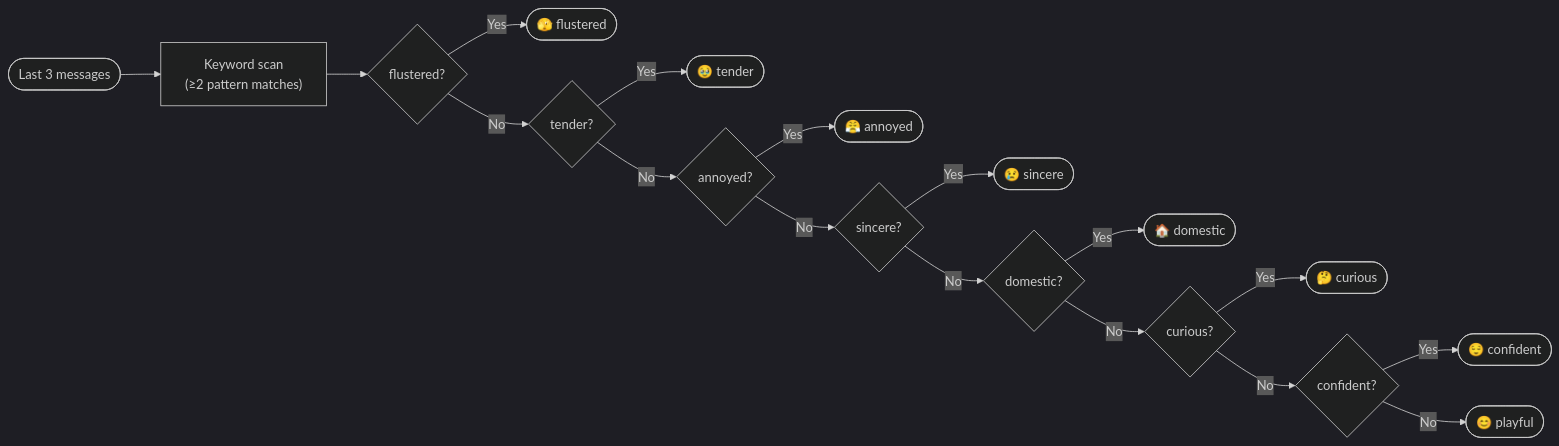
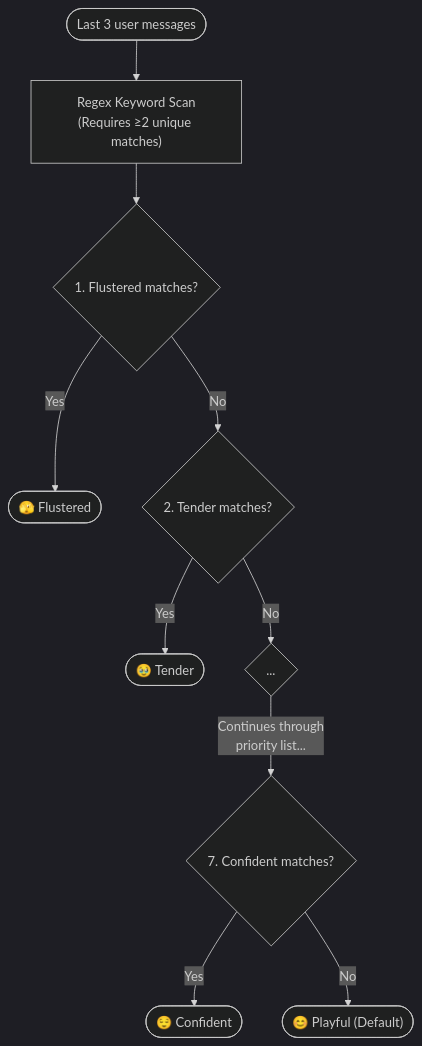
The third of 4 diagrams in README.md (AlaskanTuna/rokabot), drawn with Mermaid (dark theme) before and after one commit. The commit also changed other lines of this file, not shown here.

````diff
--- a/README.md
+++ b/README.md
@@ -166,19 +166,16 @@
 ```mermaid
-flowchart LR
-    Input(["Last 3 messages"]) --> Scan["Keyword scan\n(≥2 pattern matches)"]
-    Scan --> F{flustered?}
-    F -->|Yes| RF([🫣 flustered])
-    F -->|No| T{tender?}
-    T -->|Yes| RT([🥹 tender])
-    T -->|No| A{annoyed?}
-    A -->|Yes| RA([😤 annoyed])
-    A -->|No| S{sincere?}
-    S -->|Yes| RS([😢 sincere])
-    S -->|No| D{domestic?}
-    D -->|Yes| RD([🏠 domestic])
-    D -->|No| C{curious?}
-    C -->|Yes| RC([🤔 curious])
-    C -->|No| CO{confident?}
-    CO -->|Yes| RCO([😌 confident])
-    CO -->|No| P([😊 playful])
+flowchart TD
+    Input(["Last 3 user messages"]) --> Scan["Regex Keyword Scan\n(Requires ≥2 unique matches)"]
+
+    Scan --> CheckFlustered{1. Flustered matches?}
+    CheckFlustered -->|Yes| RF([🫣 Flustered])
+    CheckFlustered -->|No| CheckTender{2. Tender matches?}
+
+    CheckTender -->|Yes| RT([🥹 Tender])
+    CheckTender -->|No| CheckNext{"..."}
+
+    CheckNext -->|Continues through\npriority list...| CheckConfident{7. Confident matches?}
+
+    CheckConfident -->|Yes| RCO([😌 Confident])
+    CheckConfident -->|No| Fallback(["😊 Playful (Default)"])
 ```
````
